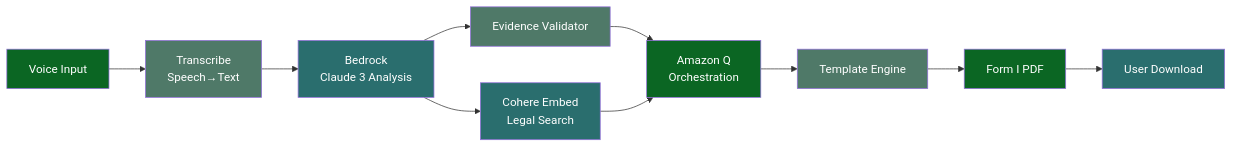
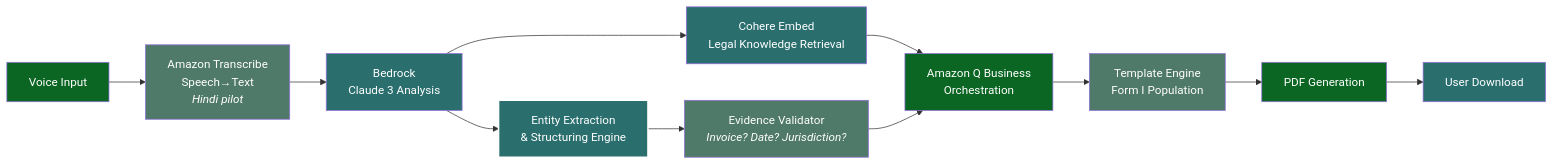
The diagram in requirements.md (abelmt07/CitadelAI_AI_For_Bharath_CtrlZ), drawn with Mermaid before and after one commit. The commit also changed other lines of this file, not shown here.

````diff
--- a/requirements.md
+++ b/requirements.md
@@ -45,22 +49,24 @@
 ```mermaid
 graph LR
-    A[Voice Input] --> B[Transcribe<br/>Speech→Text]
+    A[Voice Input] --> B[Amazon Transcribe<br/>Speech→Text<br/><i>Hindi pilot</i>]
     B --> C[Bedrock<br/>Claude 3 Analysis]
-    C --> D[Evidence Validator]
-    C --> E[Cohere Embed<br/>Legal Search]
-    D --> F[Amazon Q<br/>Orchestration]
-    E --> F
-    F --> G[Template Engine]
-    G --> H[Form I PDF]
-    H --> I[User Download]
+    C --> D[Entity Extraction<br/>& Structuring Engine]
+    C --> E[Cohere Embed<br/>Legal Knowledge Retrieval]
+    D --> F[Evidence Validator<br/><i>Invoice? Date? Jurisdiction?</i>]
+    E --> G[Amazon Q Business<br/>Orchestration]
+    F --> G
+    G --> H[Template Engine<br/>Form I Population]
+    H --> I[PDF Generation]
+    I --> J[User Download]
     
     style A fill:#0B6623,color:#fff
     style B fill:#4F7968,color:#fff
     style C fill:#2A6E6E,color:#fff
-    style D fill:#4F7968,color:#fff
+    style D fill:#2A6E6E,color:#fff,stroke:#fff,stroke-width:2px
     style E fill:#2A6E6E,color:#fff
-    style F fill:#0B6623,color:#fff
-    style G fill:#4F7968,color:#fff
-    style H fill:#0B6623,color:#fff
-    style I fill:#2A6E6E,color:#fff
+    style F fill:#4F7968,color:#fff
+    style G fill:#0B6623,color:#fff
+    style H fill:#4F7968,color:#fff
+    style I fill:#0B6623,color:#fff
+    style J fill:#2A6E6E,color:#fff
 ```
````
